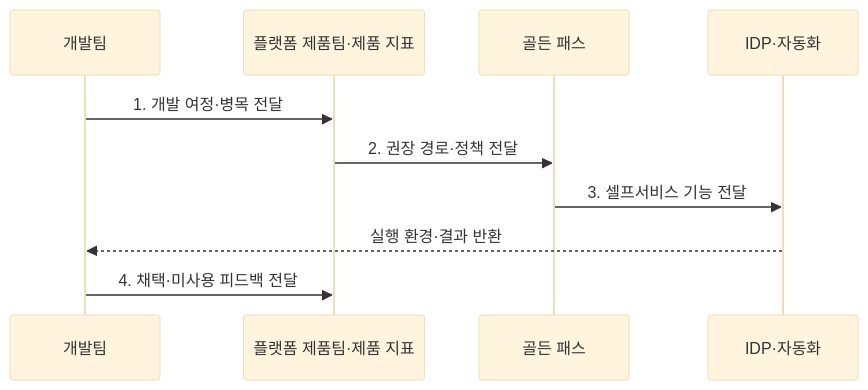
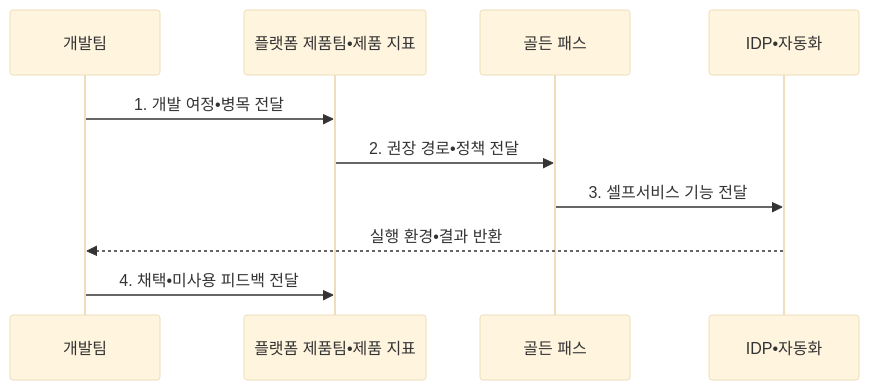
One commit to agnusdei1207/knowledge-base changed the second of 2 diagrams in src/content/docs/notes/08-latest-tech/175_platform_engineering.md. Above: the diagram before and after it, drawn with Mermaid (base theme). The commit also changed other lines of this file and 953 other files, not shown here.

````diff
--- a/src/content/docs/notes/08-latest-tech/175_platform_engineering.md
+++ b/src/content/docs/notes/08-latest-tech/175_platform_engineering.md
@@ -104,12 +104,12 @@
 ```mermaid
 sequenceDiagram
     participant D as 개발팀
-    participant P as 플랫폼 제품팀·제품 지표
+    participant P as 플랫폼 제품팀•제품 지표
     participant G as 골든 패스
-    participant I as IDP·자동화
-    D->>P: 1. 개발 여정·병목 전달
-    P->>G: 2. 권장 경로·정책 전달
+    participant I as IDP•자동화
+    D->>P: 1. 개발 여정•병목 전달
+    P->>G: 2. 권장 경로•정책 전달
     G->>I: 3. 셀프서비스 기능 전달
-    I-->>D: 실행 환경·결과 반환
-    D->>P: 4. 채택·미사용 피드백 전달
+    I-->>D: 실행 환경•결과 반환
+    D->>P: 4. 채택•미사용 피드백 전달
 ```
````
